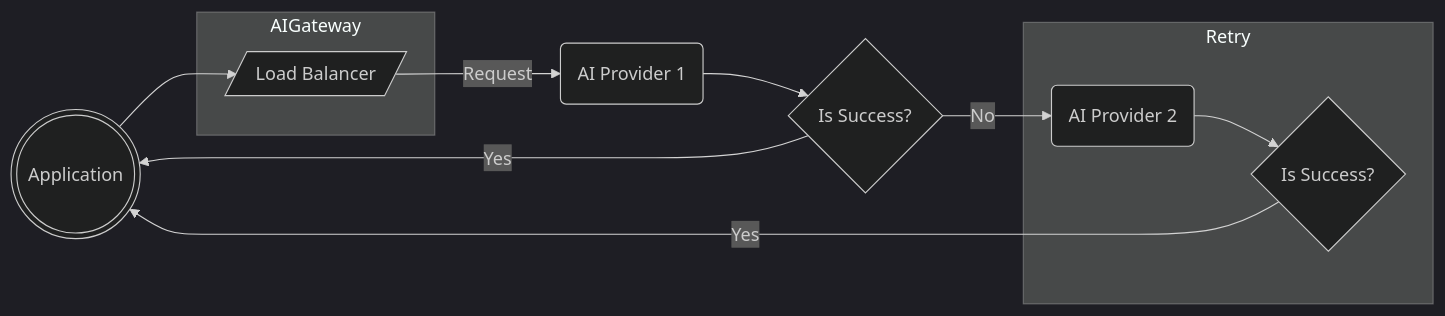
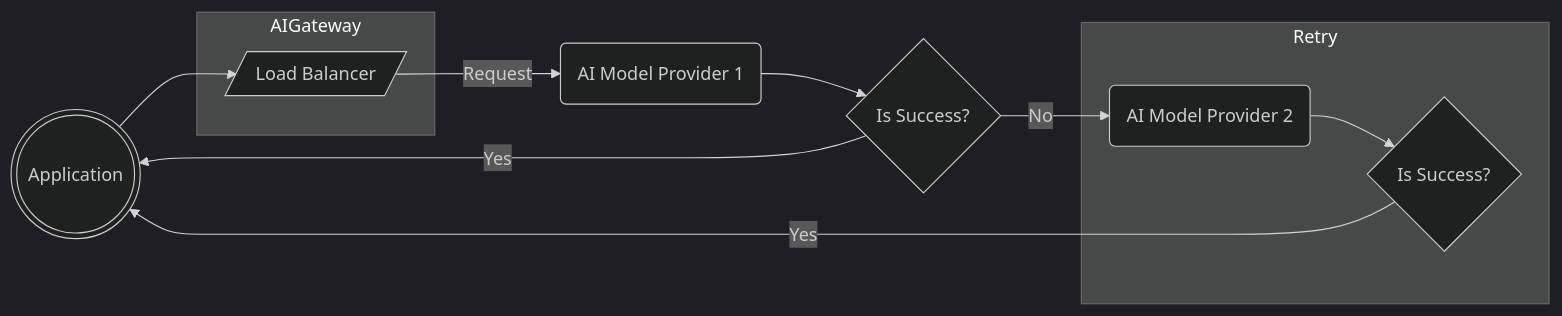
Before and after one commit to Kong/developer.konghq.com: the diagram in app/ai-gateway/load-balancing.md, drawn with Mermaid (dark theme). The commit also changed 28 other files, not shown here.

```diff
--- a/app/ai-gateway/load-balancing.md
+++ b/app/ai-gateway/load-balancing.md
@@ -132,15 +132,15 @@
 {% mermaid %}
 flowchart LR
     Client(((Application))) --> LBLB
     subgraph AIGateway
         LBLB[/Load Balancer/]
     end
-    LBLB -->|Request| AIProvider1(AI Provider 1)
+    LBLB -->|Request| AIProvider1(AI Model Provider 1)
     AIProvider1 --> Decision1{Is Success?}
     Decision1 -->|Yes| Client
-    Decision1 -->|No| AIProvider2(AI Provider 2)
+    Decision1 -->|No| AIProvider2(AI Model Provider 2)
     subgraph Retry
         AIProvider2 --> Decision2{Is Success?}
     end
     Decision2 ------>|Yes| Client
 {% endmermaid %}
```
